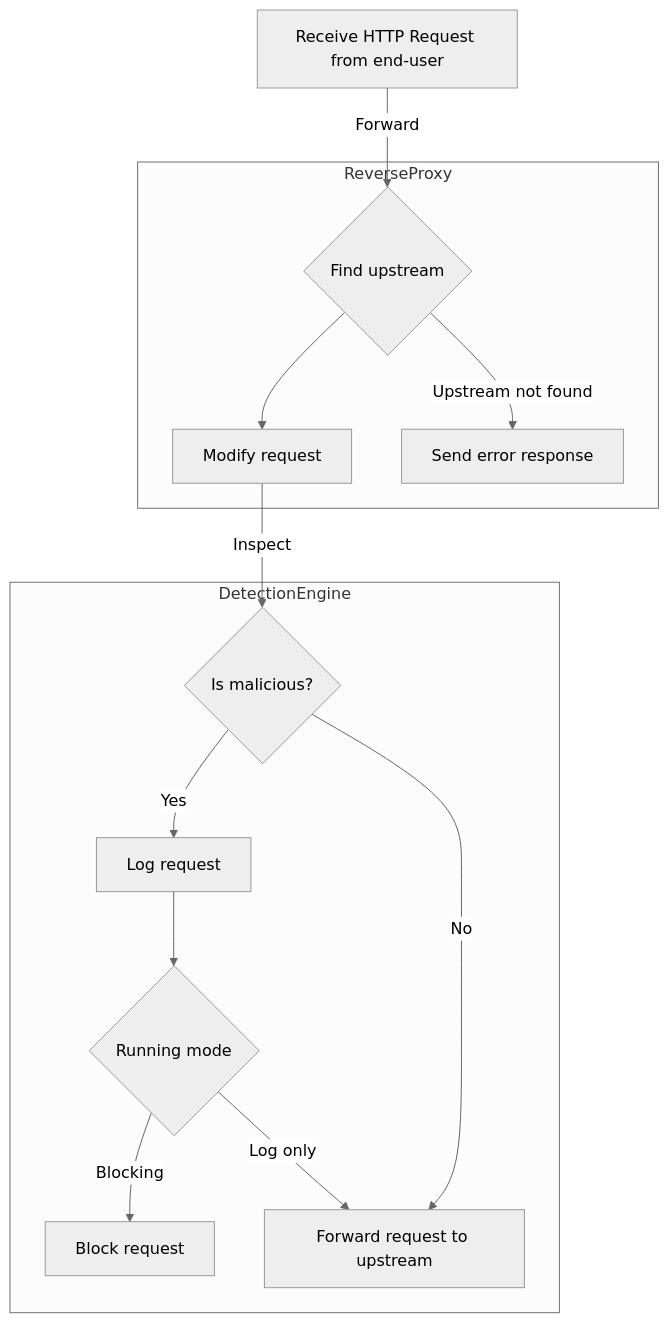
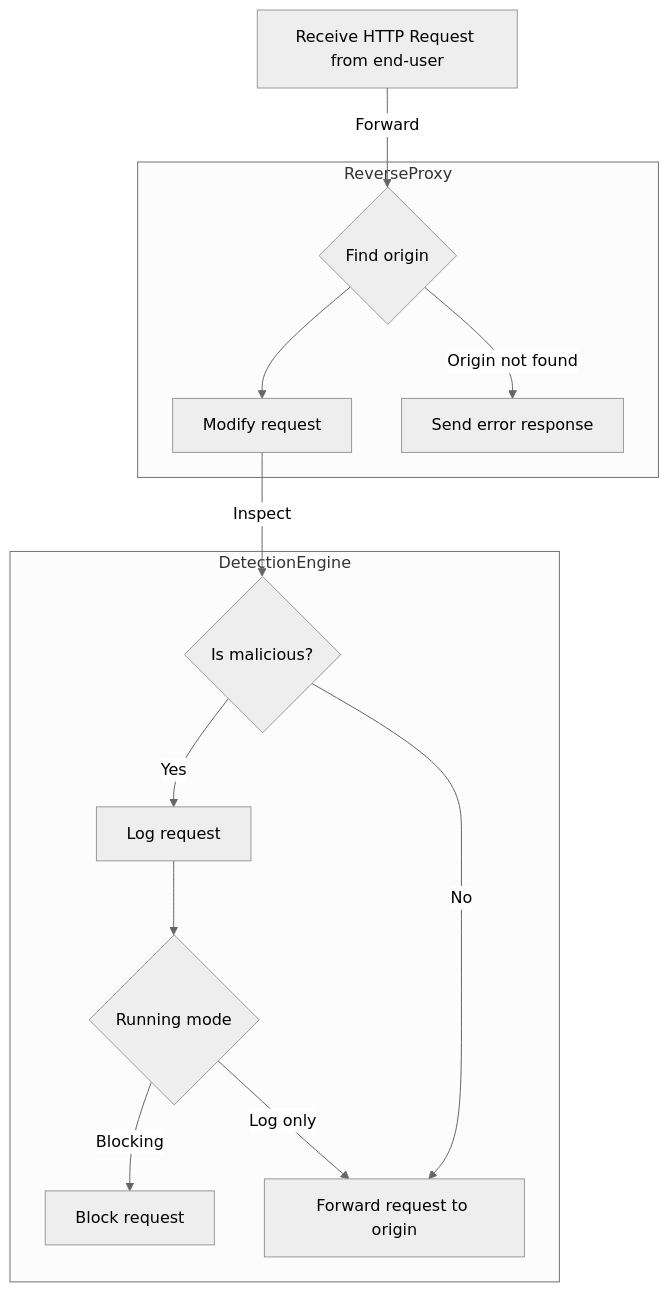
One commit to mcdobr/yawaf changed the diagram in doc/diagrams/activity_request.mmd. Above: the diagram before and after it, drawn with Mermaid (neutral theme). The commit also changed 1 other file, not shown here.

Commit message:
Rename upstream to origin

```diff
--- a/doc/diagrams/activity_request.mmd
+++ b/doc/diagrams/activity_request.mmd
@@ -1,14 +1,14 @@
 graph TD
-    A[Receive HTTP Request from end-user] --> |Forward| B{Find upstream}
+    A[Receive HTTP Request from end-user] --> |Forward| B{Find origin}
     subgraph ReverseProxy
     B -->C[Modify request]
-    B -->|Upstream not found| D[Send error response]
+    B -->|Origin not found| D[Send error response]
     end ReverseProxy
     subgraph DetectionEngine
     C --> |Inspect|E{Is malicious?}
     E --> |Yes| F[Log request]
     F --> H{Running mode}
     H --> |Blocking| I[Block request]
     H --> |Log only| G
-    E --> |No| G[Forward request to upstream]
+    E --> |No| G[Forward request to origin]
     end DetectionEngine
```
